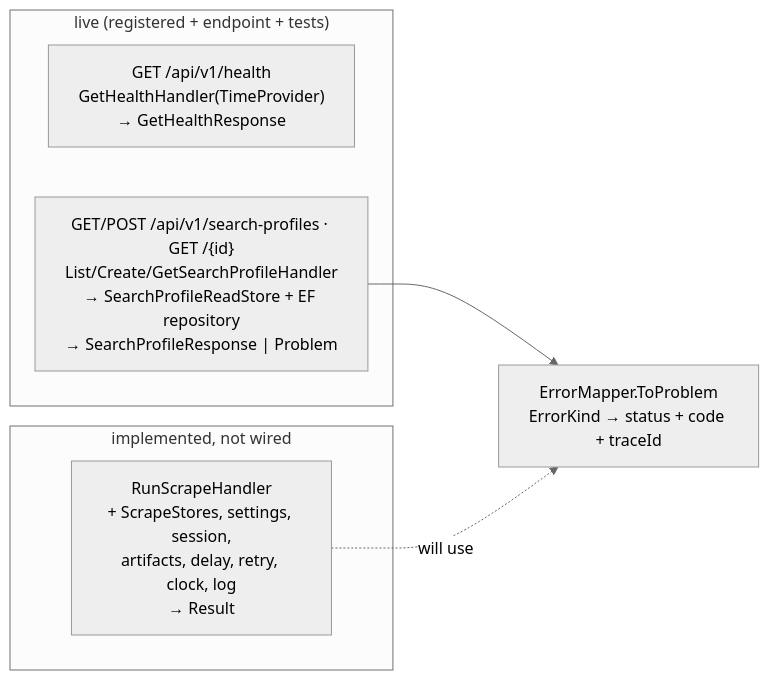
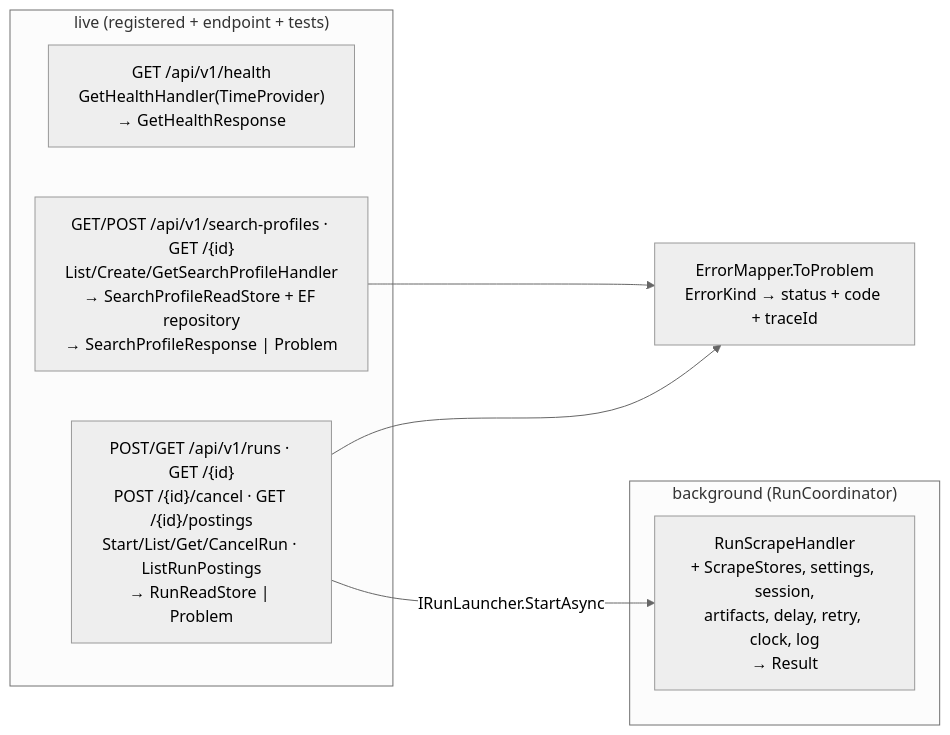
One commit to AslamNazeerShaikh/PlaywrightDotNet changed the fifth of 11 diagrams in docs/02-architecture.md. Above: the diagram before and after it, drawn with Mermaid (neutral theme). The commit also changed other lines of this file and 82 other files, not shown here.

First line of the commit message:
feat(runs): scrape Naukri live from the cockpit with background runs

````diff
--- a/docs/02-architecture.md
+++ b/docs/02-architecture.md
@@ -199,12 +216,14 @@
 ```mermaid
 flowchart LR
     subgraph LIVE["live (registered + endpoint + tests)"]
         H1["GET /api/v1/health<br/>GetHealthHandler(TimeProvider)<br/>→ GetHealthResponse"]
         H2["GET/POST /api/v1/search-profiles · GET /{id}<br/>List/Create/GetSearchProfileHandler<br/>→ SearchProfileReadStore + EF repository<br/>→ SearchProfileResponse | Problem"]
+        H4["POST/GET /api/v1/runs · GET /{id}<br/>POST /{id}/cancel · GET /{id}/postings<br/>Start/List/Get/CancelRun · ListRunPostings<br/>→ RunReadStore | Problem"]
     end
-    subgraph CODE["implemented, not wired"]
+    subgraph BG["background (RunCoordinator)"]
         H3["RunScrapeHandler<br/>+ ScrapeStores, settings, session,<br/>artifacts, delay, retry, clock, log<br/>→ Result<ScrapeRunSummary>"]
     end
     H2 --> ERR["ErrorMapper.ToProblem<br/>ErrorKind → status + code + traceId"]
-    H3 -.->|will use| ERR
+    H4 --> ERR
+    H4 -->|IRunLauncher.StartAsync| H3
 ```
````
